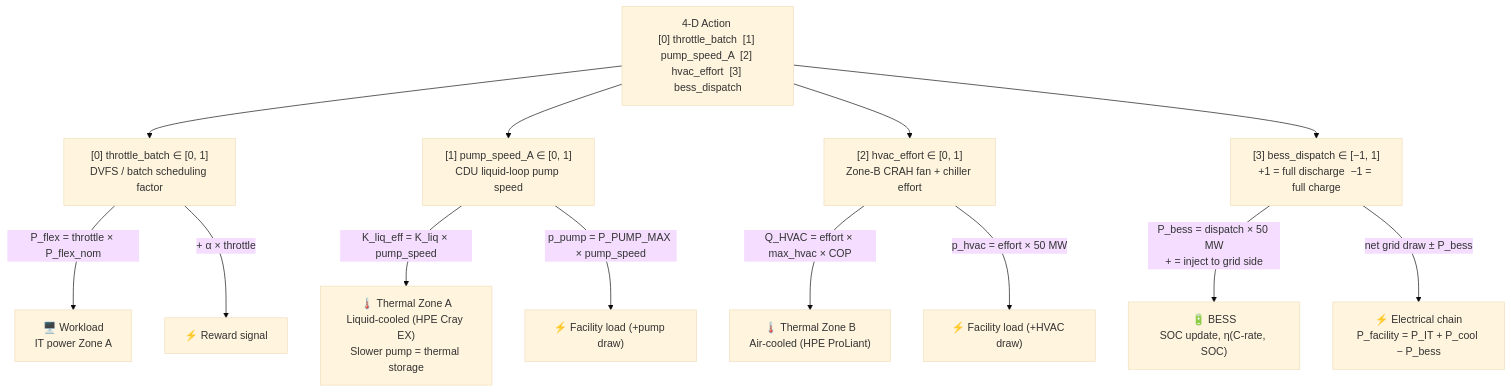
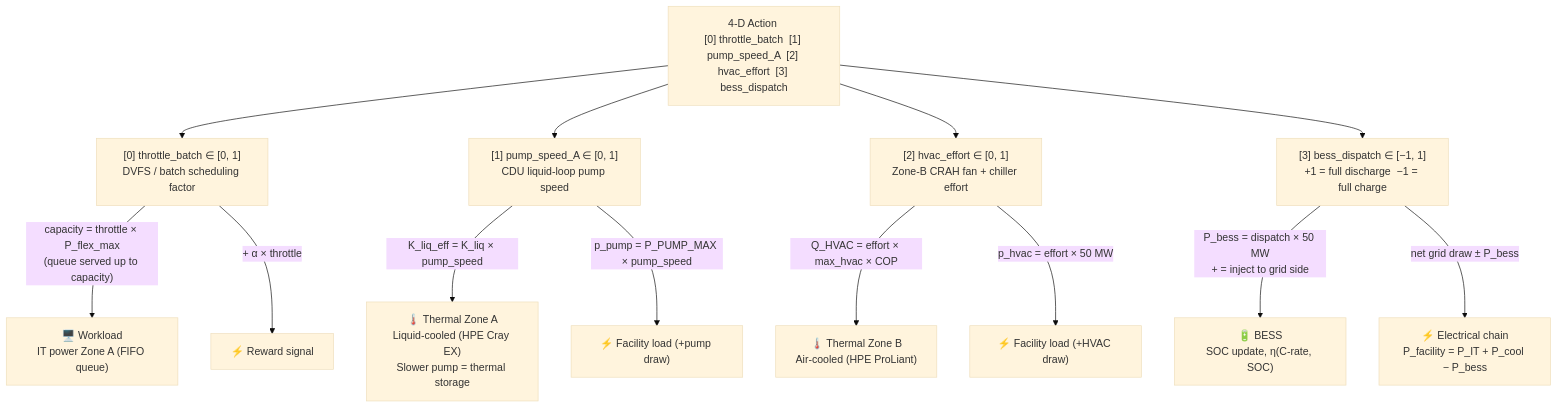
The seventh of 9 diagrams in README.md (HewlettPackard/c2g-bench), drawn with Mermaid (base theme) before and after one commit. The commit also changed other lines of this file, not shown here.

First line of the commit message:
docs: sync all diagrams and prose to 17-D obs / queue model

````diff
--- a/README.md
+++ b/README.md
@@ -449,26 +449,26 @@
 ```mermaid
 flowchart TD
     ACT["4-D Action \n[0] throttle_batch  [1] pump_speed_A  [2] hvac_effort  [3] bess_dispatch"]
 
     ACT --> A0
     ACT --> A1
     ACT --> A2
     ACT --> A3
 
     A0["[0] throttle_batch ∈ [0, 1]\nDVFS / batch scheduling factor"]
     A1["[1] pump_speed_A ∈ [0, 1]\nCDU liquid-loop pump speed"]
     A2["[2] hvac_effort ∈ [0, 1]\nZone-B CRAH fan + chiller effort"]
     A3["[3] bess_dispatch ∈ [−1, 1]\n+1 = full discharge  −1 = full charge"]
 
-    A0 -->|"P_flex = throttle × P_flex_nom"| WL["🖥️ Workload\nIT power Zone A"]
+    A0 -->|"capacity = throttle × P_flex_max\n(queue served up to capacity)"| WL["🖥️ Workload\nIT power Zone A (FIFO queue)"]
     A0 -->|"+ α × throttle"| RW["⚡ Reward signal"]
 
     A1 -->|"K_liq_eff = K_liq × pump_speed"| THA["🌡️ Thermal Zone A\nLiquid-cooled (HPE Cray EX)\nSlower pump = thermal storage"]
     A1 -->|"p_pump = P_PUMP_MAX × pump_speed"| ELP["⚡ Facility load (+pump draw)"]
 
     A2 -->|"Q_HVAC = effort × max_hvac × COP"| THB["🌡️ Thermal Zone B\nAir-cooled (HPE ProLiant)"]
     A2 -->|"p_hvac = effort × 50 MW"| ELH["⚡ Facility load (+HVAC draw)"]
 
     A3 -->|"P_bess = dispatch × 50 MW\n+ = inject to grid side"| BS["🔋 BESS\nSOC update, η(C-rate, SOC)"]
     A3 -->|"net grid draw ± P_bess"| ELB["⚡ Electrical chain\nP_facility = P_IT + P_cool − P_bess"]
 ```
````
